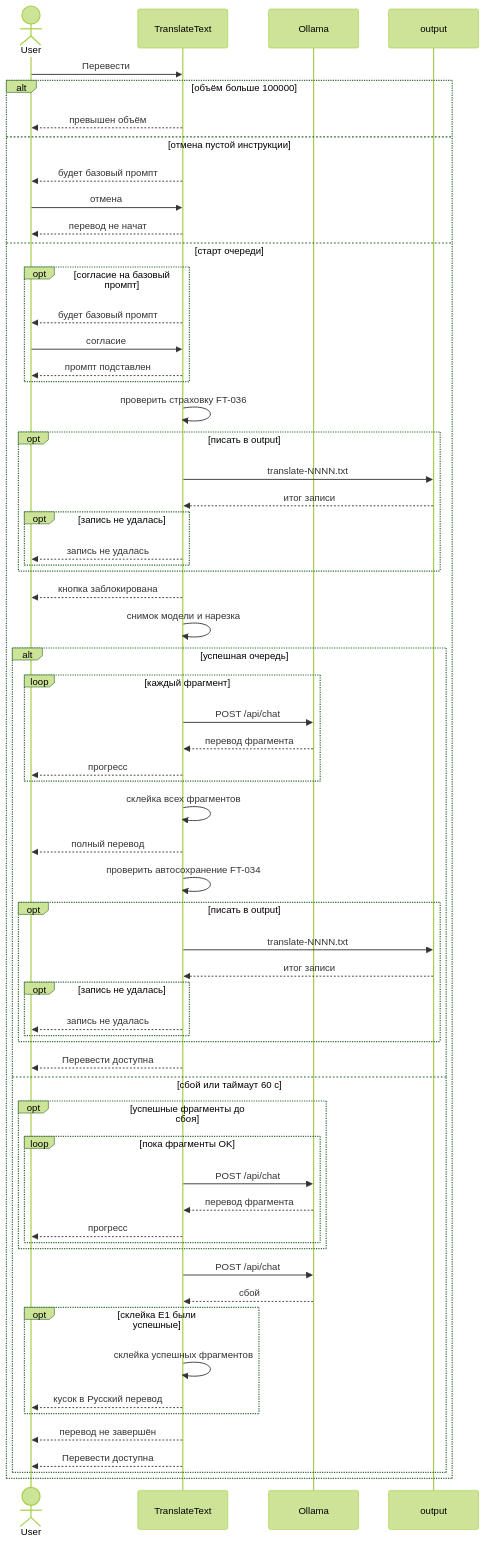
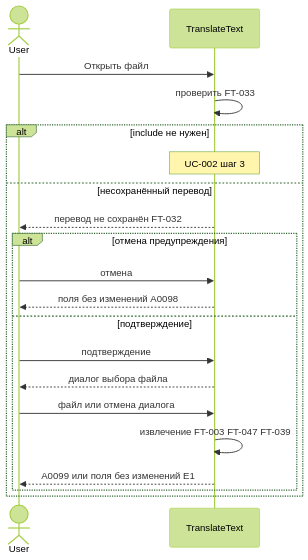
One commit to ILikeWorkingIT/TranslateText changed the second of 2 diagrams in diagrams/diagram-mermaid-001.md. Above: the diagram before and after it, drawn with Mermaid (forest theme). The commit also changed other lines of this file and 47 other files, not shown here.

````diff
--- a/diagrams/diagram-mermaid-001.md
+++ b/diagrams/diagram-mermaid-001.md
@@ -72,66 +99,23 @@
 ```mermaid
 sequenceDiagram
   actor User
   participant TT as TranslateText
-  participant Ol as Ollama
-  participant Out as output
 
-  User->>TT: Перевести
-  alt объём больше 100000
-    TT-->>User: превышен объём
-  else отмена пустой инструкции
-    TT-->>User: будет базовый промпт
-    User->>TT: отмена
-    TT-->>User: перевод не начат
-  else старт очереди
-    opt согласие на базовый промпт
-      TT-->>User: будет базовый промпт
-      User->>TT: согласие
-      TT-->>User: промпт подставлен
-    end
-    TT->>TT: проверить страховку FT-036
-    opt писать в output
-      TT->>Out: translate-NNNN.txt
-      Out-->>TT: итог записи
-      opt запись не удалась
-        TT-->>User: запись не удалась
-      end
-    end
-    TT-->>User: кнопка заблокирована
-    TT->>TT: снимок модели и нарезка
-    alt успешная очередь
-      loop каждый фрагмент
-        TT->>Ol: POST /api/chat
-        Ol-->>TT: перевод фрагмента
-        TT-->>User: прогресс
-      end
-      TT->>TT: склейка всех фрагментов
-      TT-->>User: полный перевод
-      TT->>TT: проверить автосохранение FT-034
-      opt писать в output
-        TT->>Out: translate-NNNN.txt
-        Out-->>TT: итог записи
-        opt запись не удалась
-          TT-->>User: запись не удалась
-        end
-      end
-      TT-->>User: Перевести доступна
-    else сбой или таймаут 60 с
-      opt успешные фрагменты до сбоя
-        loop пока фрагменты OK
-          TT->>Ol: POST /api/chat
-          Ol-->>TT: перевод фрагмента
-          TT-->>User: прогресс
-        end
-      end
-      TT->>Ol: POST /api/chat
-      Ol-->>TT: сбой
-      opt склейка E1 были успешные
-        TT->>TT: склейка успешных фрагментов
-        TT-->>User: кусок в Русский перевод
-      end
-      TT-->>User: перевод не завершён
-      TT-->>User: Перевести доступна
+  User->>TT: Открыть файл
+  TT->>TT: проверить FT-033
+  alt include не нужен
+    Note over TT: UC-002 шаг 3
+  else несохранённый перевод
+    TT-->>User: перевод не сохранён FT-032
+    alt отмена предупреждения
+      User->>TT: отмена
+      TT-->>User: поля без изменений A0098
+    else подтверждение
+      User->>TT: подтверждение
+      TT-->>User: диалог выбора файла
+      User->>TT: файл или отмена диалога
+      TT->>TT: извлечение FT-003 FT-047 FT-039
+      TT-->>User: A0099 или поля без изменений E1
     end
   end
 ```
````
